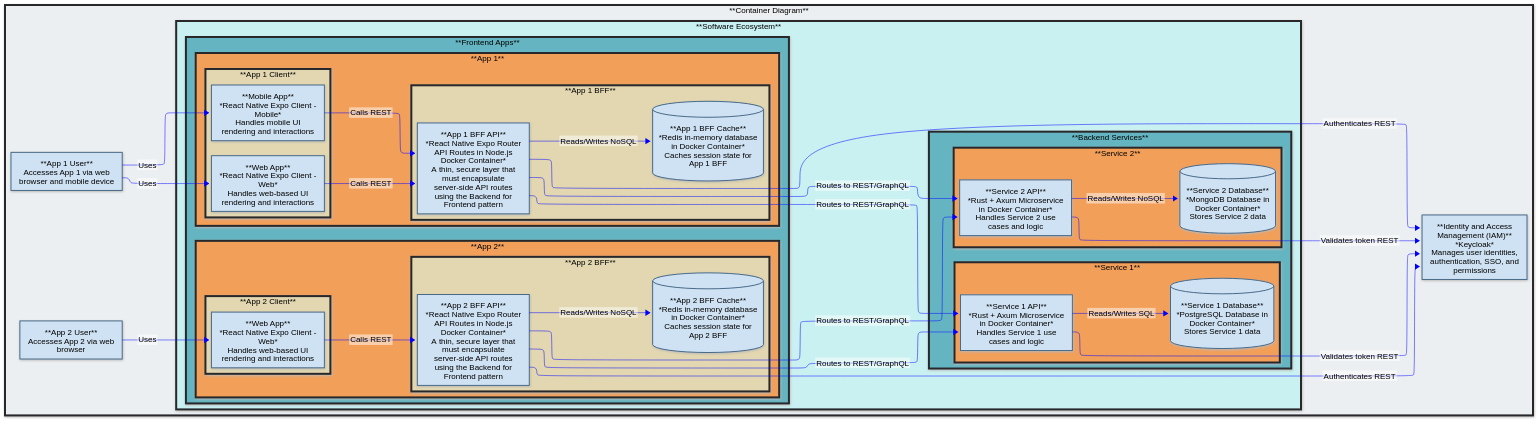
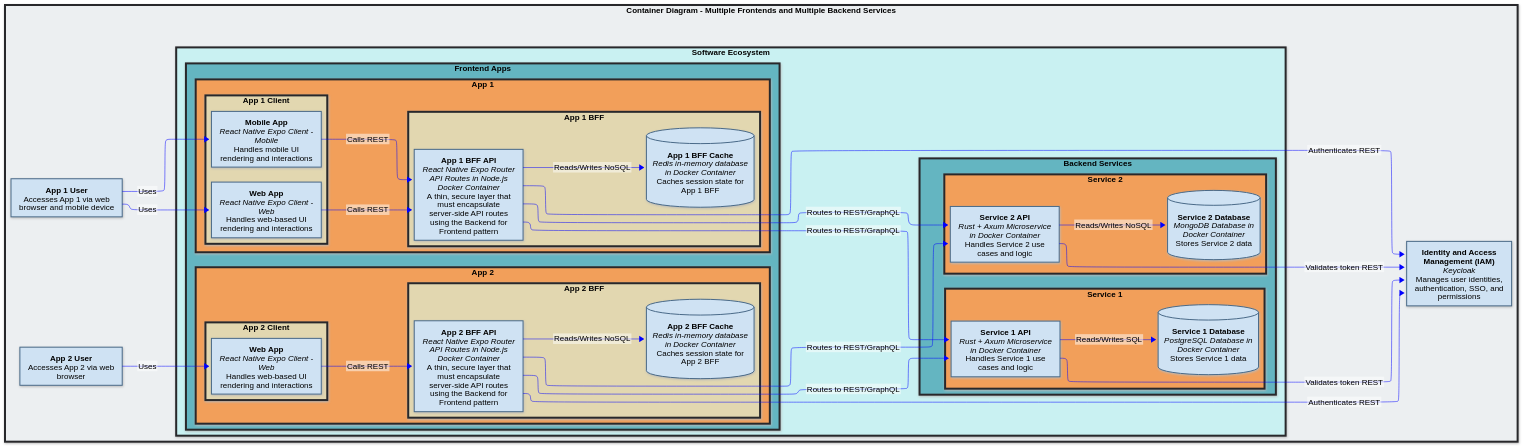
The first of 4 diagrams in .specify/memory/constitution.md (jumbleknot/MovieCollectionManager), drawn with Mermaid before and after one commit. The commit also changed other lines of this file, not shown here.

Commit message:
updated constitution diagrams

```diff
--- a/.specify/memory/constitution.md
+++ b/.specify/memory/constitution.md
@@ -672,46 +672,46 @@
   classDef style_sub4 fill:#E2D7B0,stroke:#28282B,stroke-width:4px,color:#000000;
   classDef style_node fill:#cfe2f3,stroke:#4a6a88,stroke-width:2px,color:#000000;
 
-  subgraph c4_container_diagram["**Container Diagram**"]
-    app1_user["**App 1 User**<br/>Accesses App 1 via web browser and mobile device"]
-    app2_user["**App 2 User**<br/>Accesses App 2 via web browser"]
+  subgraph c4_container_diagram["`**Container Diagram - Multiple Frontends and Multiple Backend Services**`"]
+    app1_user["`**App 1 User**<br/>Accesses App 1 via web browser and mobile device`"]
+    app2_user["`**App 2 User**<br/>Accesses App 2 via web browser`"]
     
-    subgraph software_ecosystem["**Software Ecosystem**"]
-        subgraph frontend["**Frontend Apps**"]
-            subgraph app1["**App 1**"]
-                subgraph app1_client["**App 1 Client**"]
-                    app1_web["**Web App**<br/>*React Native Expo Client - Web*<br/>Handles web-based UI rendering and interactions"]
-                    app1_mobile["**Mobile App**<br/>*React Native Expo Client - Mobile*<br/>Handles mobile UI rendering and interactions"]
+    subgraph software_ecosystem["`**Software Ecosystem**`"]
+        subgraph frontend["`**Frontend Apps**`"]
+            subgraph app1["`**App 1**`"]
+                subgraph app1_client["`**App 1 Client**`"]
+                    app1_web["`**Web App**<br/>*React Native Expo Client - Web*<br/>Handles web-based UI rendering and interactions`"]
+                    app1_mobile["`**Mobile App**<br/>*React Native Expo Client - Mobile*<br/>Handles mobile UI rendering and interactions`"]
                 end
-                subgraph app1_bff["**App 1 BFF**"]
-                    app1_bff_api["**App 1 BFF API**<br/>*React Native Expo Router API Routes in Node.js Docker Container*<br/>A thin, secure layer that must encapsulate server-side API routes using the Backend for Frontend pattern"]
-                    app1_bff_cache[("**App 1 BFF Cache**<br/>*Redis in-memory database in Docker Container*<br/>Caches session state for App 1 BFF")]
+                subgraph app1_bff["`**App 1 BFF**`"]
+                    app1_bff_api["`**App 1 BFF API**<br/>*React Native Expo Router API Routes in Node.js Docker Container*<br/>A thin, secure layer that must encapsulate server-side API routes using the Backend for Frontend pattern`"]
+                    app1_bff_cache[("`**App 1 BFF Cache**<br/>*Redis in-memory database in Docker Container*<br/>Caches session state for App 1 BFF`")]
                 end
             end
-            subgraph app2["**App 2**"]
-                subgraph app2_client["**App 2 Client**"]
-                    app2_web["**Web App**<br/>*React Native Expo Client - Web*<br/>Handles web-based UI rendering and interactions"]
+            subgraph app2["`**App 2**`"]
+                subgraph app2_client["`**App 2 Client**`"]
+                    app2_web["`**Web App**<br/>*React Native Expo Client - Web*<br/>Handles web-based UI rendering and interactions`"]
                 end
-                subgraph app2_bff["**App 2 BFF**"]
-                    app2_bff_api["**App 2 BFF API**<br/>*React Native Expo Router API Routes in Node.js Docker Container*<br/>A thin, secure layer that must encapsulate server-side API routes using the Backend for Frontend pattern"]
-                    app2_bff_cache[("**App 2 BFF Cache**<br/>*Redis in-memory database in Docker Container*<br/>Caches session state for App 2 BFF")]
+                subgraph app2_bff["`**App 2 BFF**`"]
+                    app2_bff_api["`**App 2 BFF API**<br/>*React Native Expo Router API Routes in Node.js Docker Container*<br/>A thin, secure layer that must encapsulate server-side API routes using the Backend for Frontend pattern`"]
+                    app2_bff_cache[("`**App 2 BFF Cache**<br/>*Redis in-memory database in Docker Container*<br/>Caches session state for App 2 BFF`")]
                 end
             end
         end
         
-        subgraph backend["**Backend Services**"]
-            subgraph service1["**Service 1**"]
-                service1_api["**Service 1 API**<br/>*Rust + Axum Microservice in Docker Container*<br/>Handles Service 1 use cases and logic"]
-                service1_db[("**Service 1 Database**<br/>*PostgreSQL Database in Docker Container*<br/>Stores Service 1 data")]
+        subgraph backend["`**Backend Services**`"]
+            subgraph service1["`**Service 1**`"]
+                service1_api["`**Service 1 API**<br/>*Rust + Axum Microservice in Docker Container*<br/>Handles Service 1 use cases and logic`"]
+                service1_db[("`**Service 1 Database**<br/>*PostgreSQL Database in Docker Container*<br/>Stores Service 1 data`")]
             end
-            subgraph service2["**Service 2**"]
-                service2_api["**Service 2 API**<br/>*Rust + Axum Microservice in Docker Container*<br/>Handles Service 2 use cases and logic"]
-                service2_db[("**Service 2 Database**<br/>*MongoDB Database in Docker Container*<br/>Stores Service 2 data")]
+            subgraph service2["`**Service 2**`"]
+                service2_api["`**Service 2 API**<br/>*Rust + Axum Microservice in Docker Container*<br/>Handles Service 2 use cases and logic`"]
+                service2_db[("`**Service 2 Database**<br/>*MongoDB Database in Docker Container*<br/>Stores Service 2 data`")]
             end
         end
     end
     
-    keycloak["**Identity and Access Management (IAM)**<br/>*Keycloak*<br/>Manages user identities, authentication, SSO, and permissions"]
+    keycloak["`**Identity and Access Management (IAM)**<br/>*Keycloak*<br/>Manages user identities, authentication, SSO, and permissions`"]
     
     app1_user -->|Uses| app1_web
     app1_user -->|Uses| app1_mobile
```
